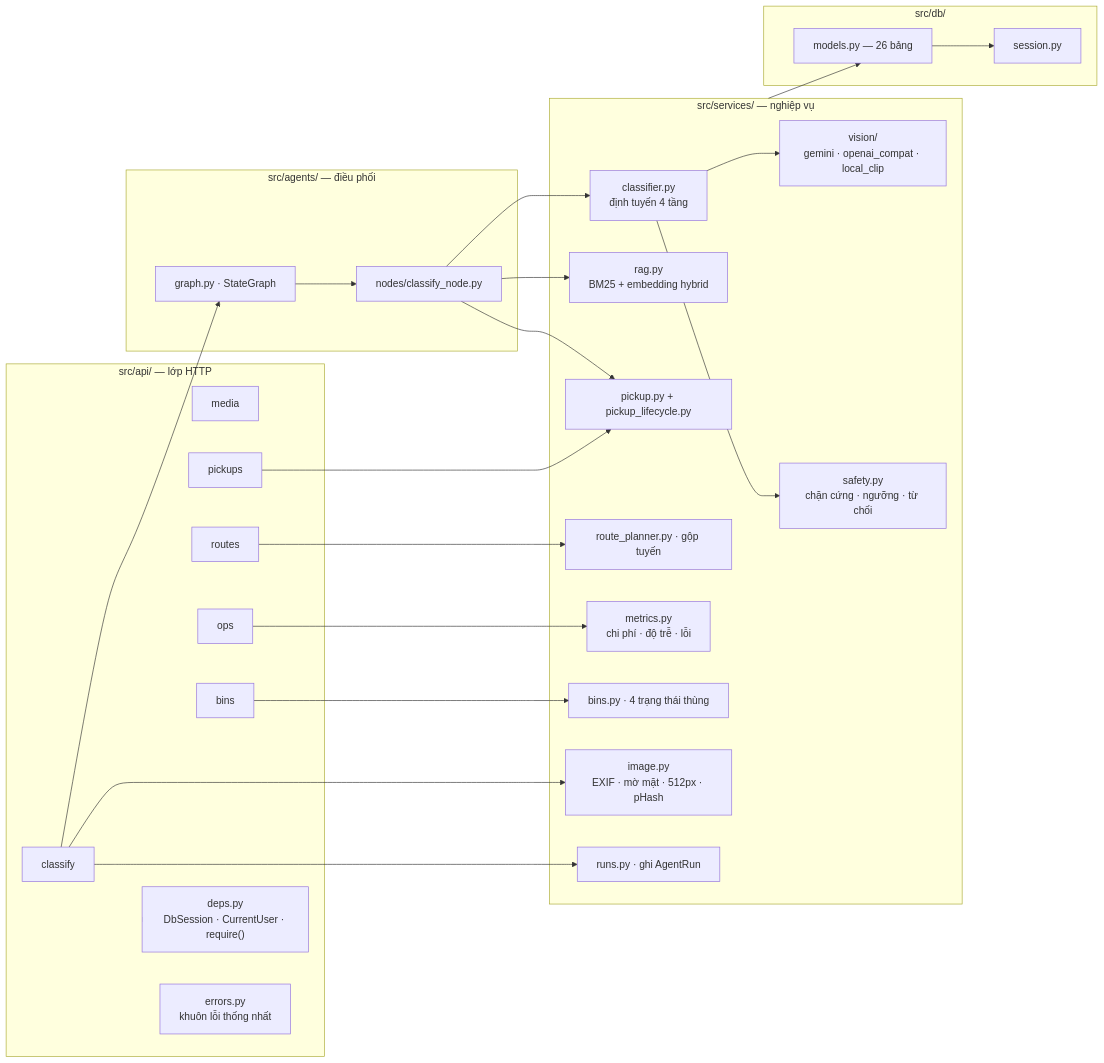
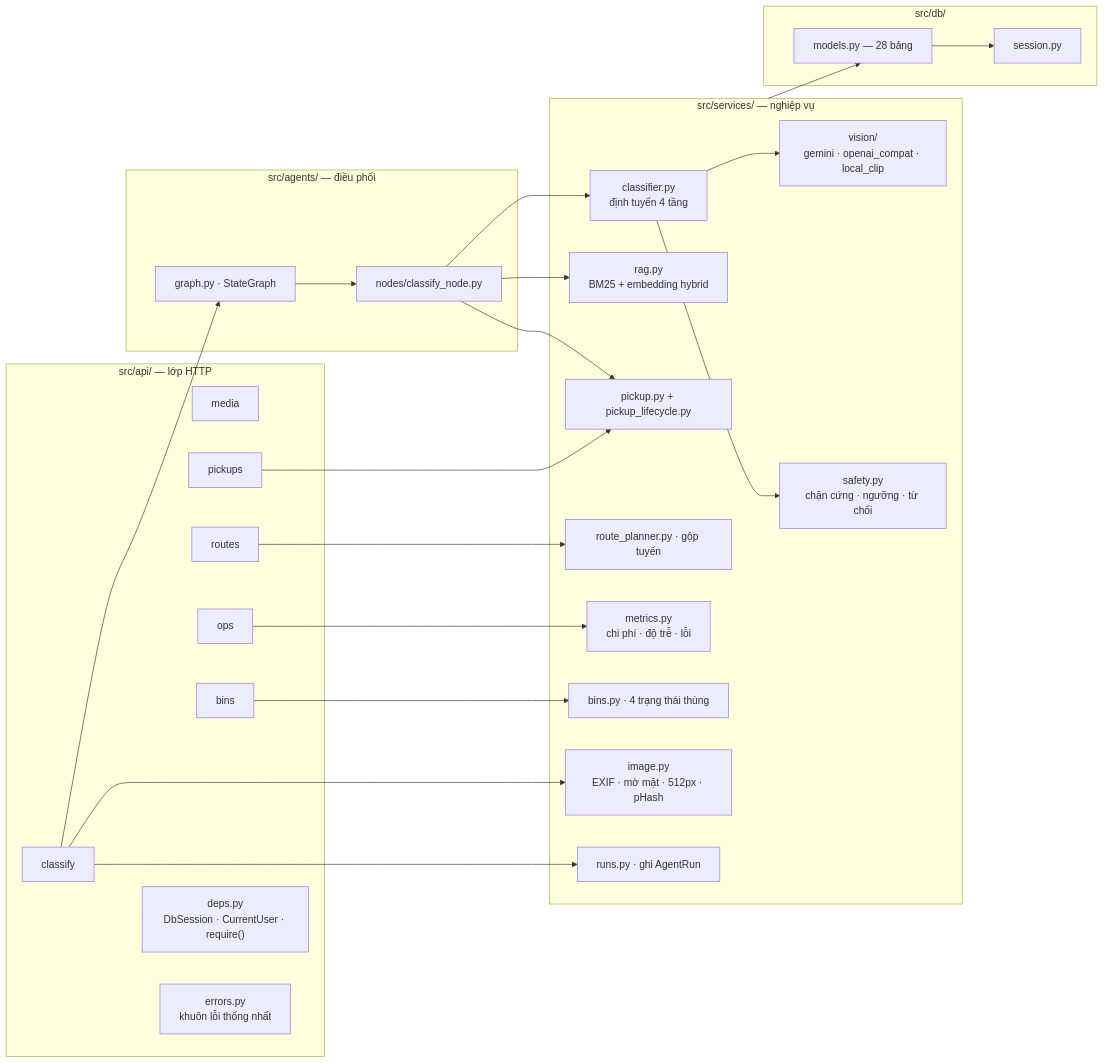
The third of 19 diagrams in ARCHITECTURE.md (imninh/GBAI_v1), drawn with Mermaid before and after one commit. The commit also changed other lines of this file and 35 other files, not shown here.

````diff
--- a/ARCHITECTURE.md
+++ b/ARCHITECTURE.md
@@ -197,52 +202,52 @@
 ```mermaid
 graph LR
     subgraph api["src/api/ — lớp HTTP"]
         A2["classify"]
         A3["media"]
         A5["pickups"]
         A6["routes"]
         A7["ops"]
         A8["bins"]
         DEP["deps.py<br/>DbSession · CurrentUser · require()"]
         ERR["errors.py<br/>khuôn lỗi thống nhất"]
     end
 
     subgraph agents["src/agents/ — điều phối"]
         GR["graph.py · StateGraph"]
         ND["nodes/classify_node.py"]
     end
 
     subgraph svc["src/services/ — nghiệp vụ"]
         IM["image.py<br/>EXIF · mờ mặt · 512px · pHash"]
         CL["classifier.py<br/>định tuyến 4 tầng"]
         SF["safety.py<br/>chặn cứng · ngưỡng · từ chối"]
         RG["rag.py<br/>BM25 + embedding hybrid"]
         PK["pickup.py + pickup_lifecycle.py"]
         RP["route_planner.py · gộp tuyến"]
         BN["bins.py · 4 trạng thái thùng"]
         MT["metrics.py<br/>chi phí · độ trễ · lỗi"]
         RN["runs.py · ghi AgentRun"]
         VS["vision/<br/>gemini · openai_compat · local_clip"]
     end
 
     subgraph db["src/db/"]
-        MD["models.py — 26 bảng"]
+        MD["models.py — 28 bảng"]
         SS["session.py"]
     end
 
     A2 --> GR --> ND
     ND --> CL --> VS
     ND --> RG
     ND --> PK
     CL --> SF
     A5 --> PK
     A6 --> RP
     A8 --> BN
     A7 --> MT
     A2 --> IM
     A2 --> RN
     api --> DEP
     api --> ERR
     svc --> MD
     MD --> SS
 ```
````
